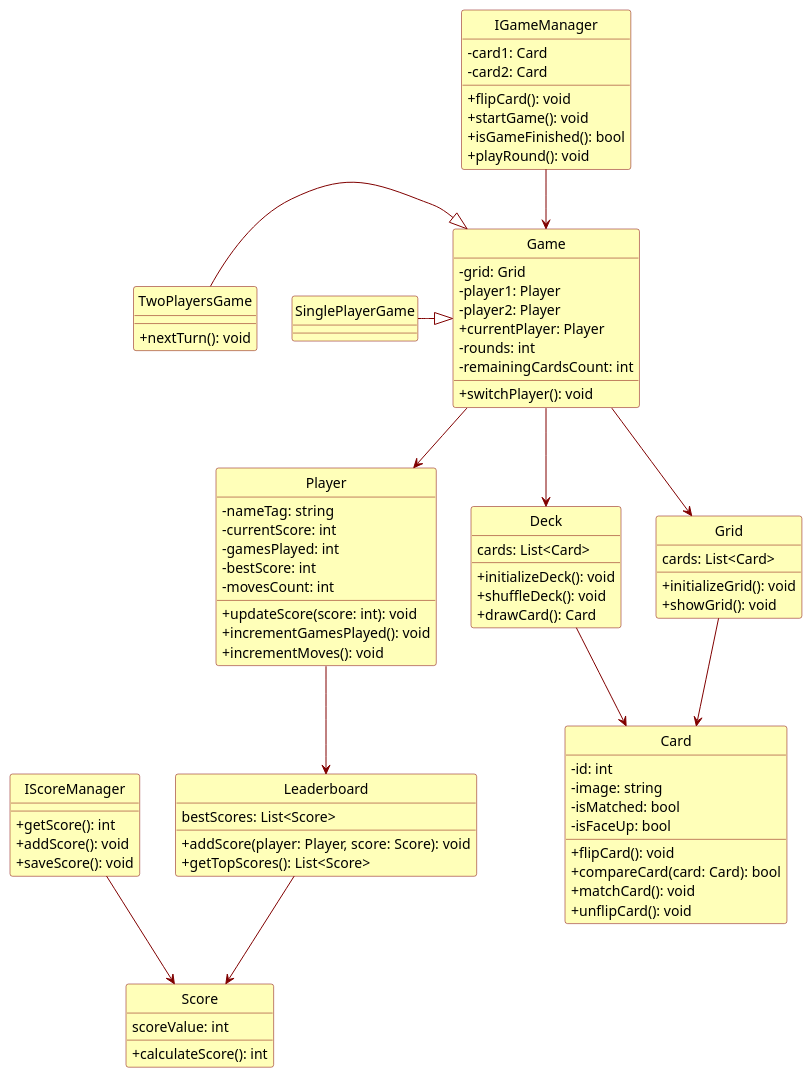
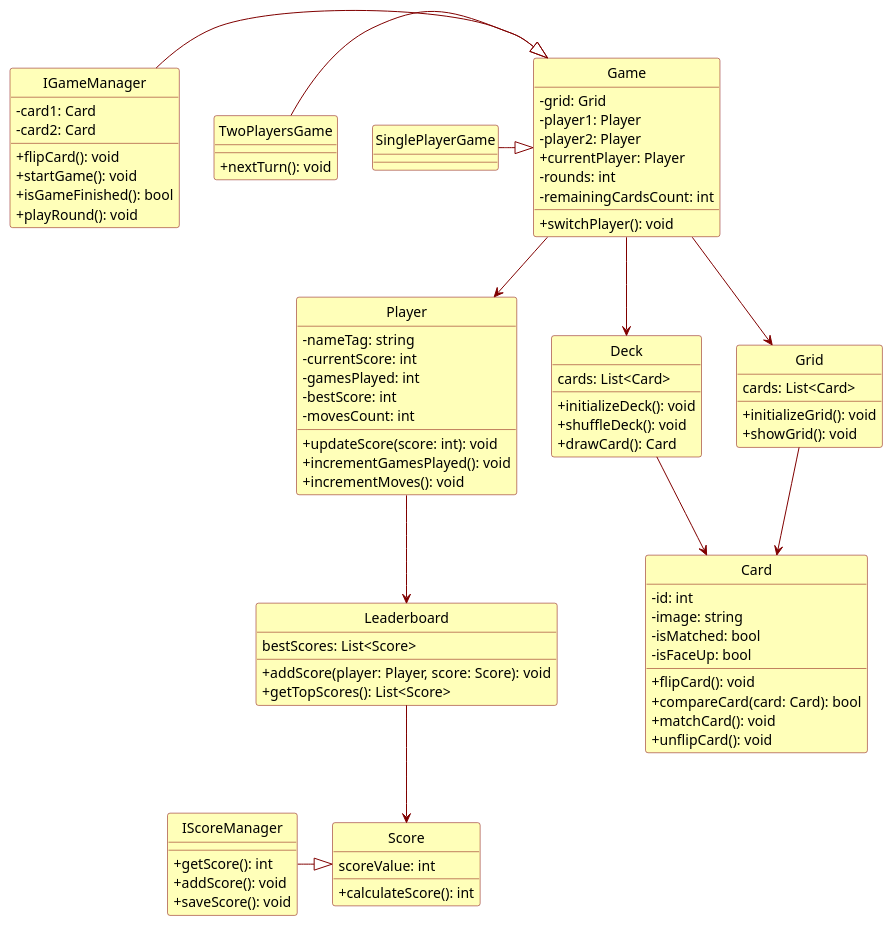
One commit to PosiTr0n505/Game-Memory changed the diagram in src/Docs/Diagrammes/classes.md. Above: the diagram before and after it, drawn with PlantUML.

Commit message:
Mise à jour de 'src/Docs/Diagrammes/classes.md'

```diff
--- a/src/Docs/Diagrammes/classes.md
+++ b/src/Docs/Diagrammes/classes.md
@@ -109,13 +109,13 @@
 }
 
 ' Relations
-IGameManager --> Game
+IGameManager  -|> Game
 Game --> Player
 Game --> Grid
 TwoPlayersGame -|> Game
 SinglePlayerGame -|> Game
 Grid --> Card
-IScoreManager --> Score
+IScoreManager  -|> Score
 Leaderboard --> Score
 Player --> Leaderboard
 Game --> Deck
```
